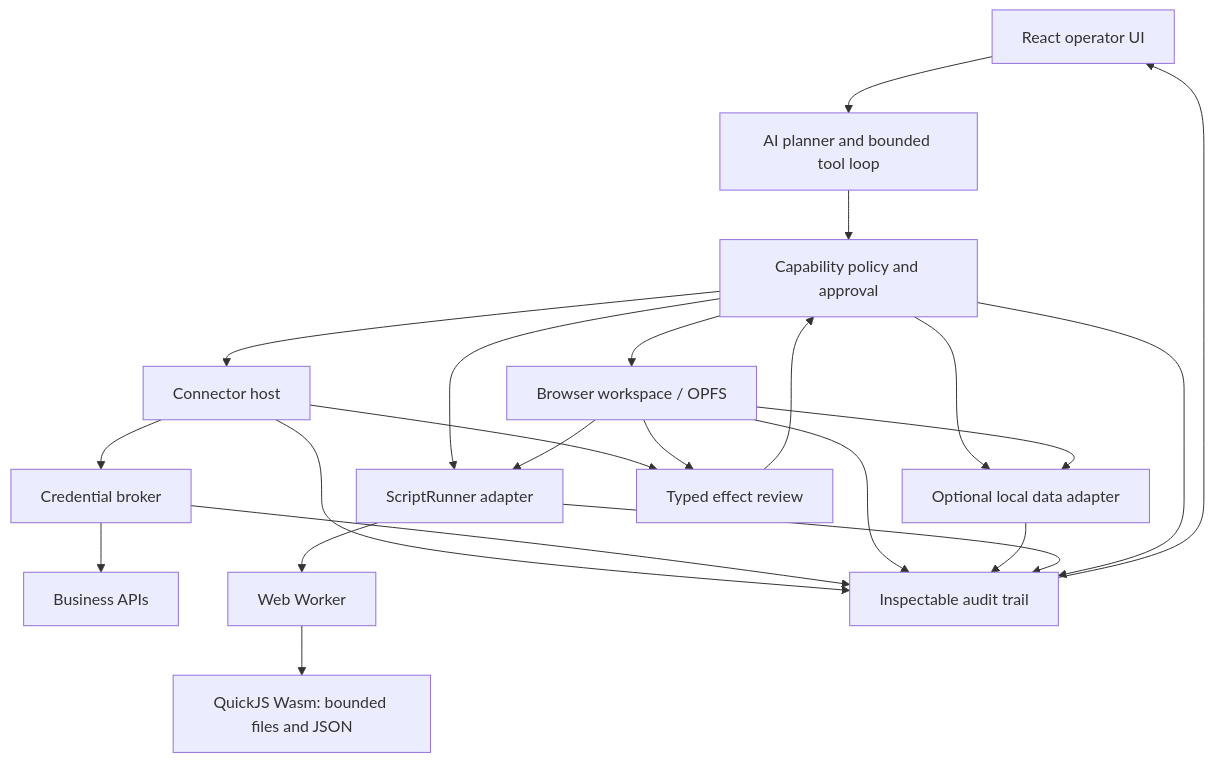
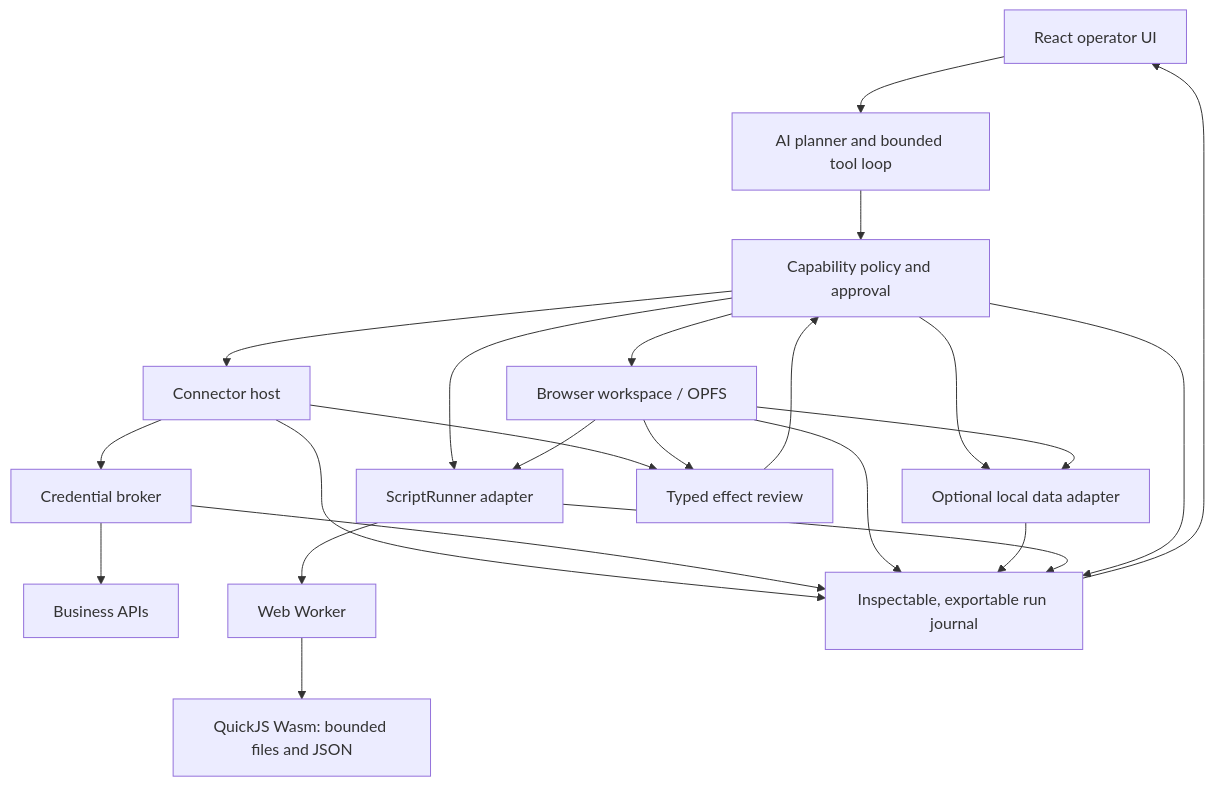
The diagram in docs/plan.md (haya-inc/wasmhatch), drawn with Mermaid before and after one commit. The commit also changed other lines of this file and 17 other files, not shown here.

Commit message:
Add exportable operator run journals

````diff
--- a/docs/plan.md
+++ b/docs/plan.md
@@ -241,39 +243,39 @@
 ```mermaid
 flowchart TD
     UI["React operator UI"]
     AG["AI planner and bounded tool loop"]
     POL["Capability policy and approval"]
     CONN["Connector host"]
     BROKER["Credential broker"]
     APIS["Business APIs"]
     VFS["Browser workspace / OPFS"]
     DB["Optional local data adapter"]
     SCRIPT["ScriptRunner adapter"]
     WORKER["Web Worker"]
     QJS["QuickJS Wasm: bounded files and JSON"]
     REVIEW["Typed effect review"]
-    AUDIT["Inspectable audit trail"]
+    AUDIT["Inspectable, exportable run journal"]
 
     UI --> AG
     AG --> POL
     POL --> CONN
     CONN --> BROKER
     BROKER --> APIS
     POL --> VFS
     POL --> DB
     POL --> SCRIPT
     SCRIPT --> WORKER
     WORKER --> QJS
     VFS --> SCRIPT
     VFS --> DB
     CONN --> REVIEW
     VFS --> REVIEW
     REVIEW --> POL
     CONN --> AUDIT
     BROKER --> AUDIT
     VFS --> AUDIT
     DB --> AUDIT
     SCRIPT --> AUDIT
     POL --> AUDIT
     AUDIT --> UI
 ```
````
